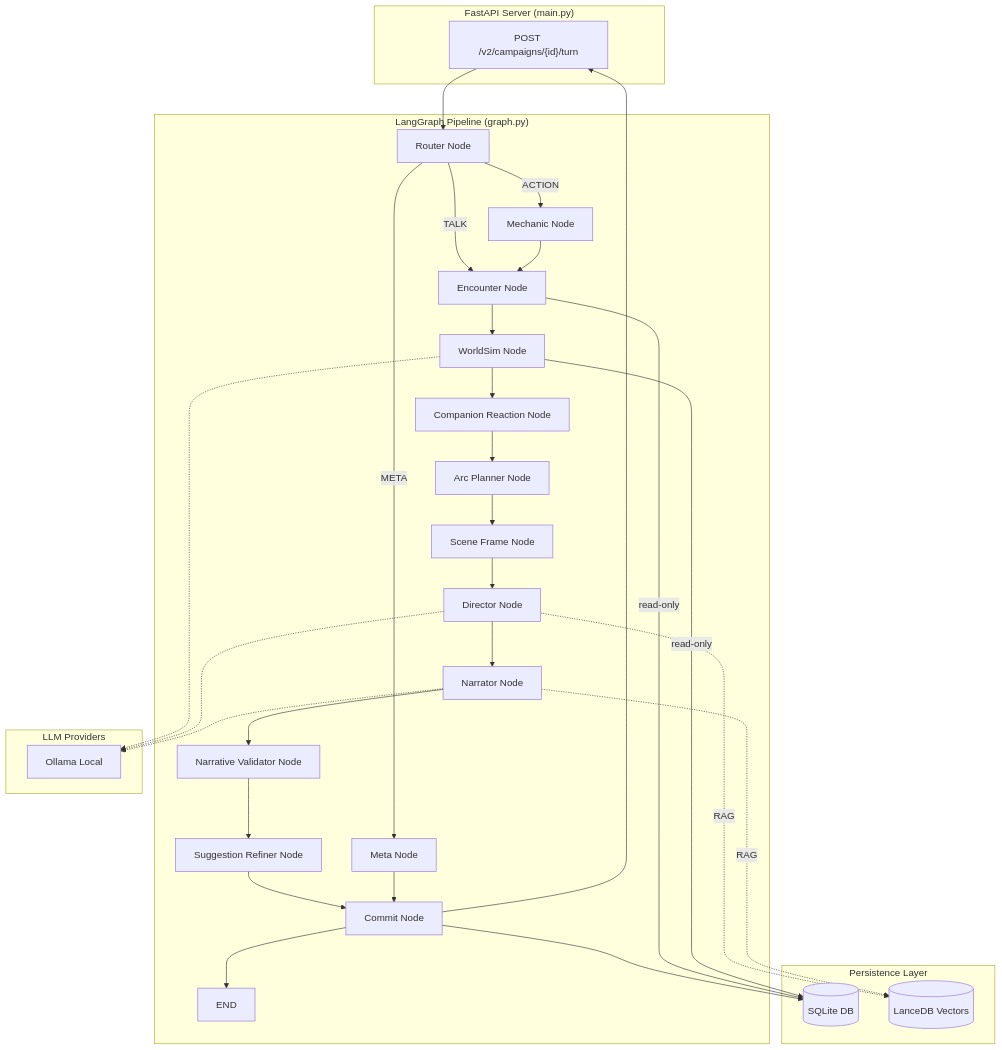
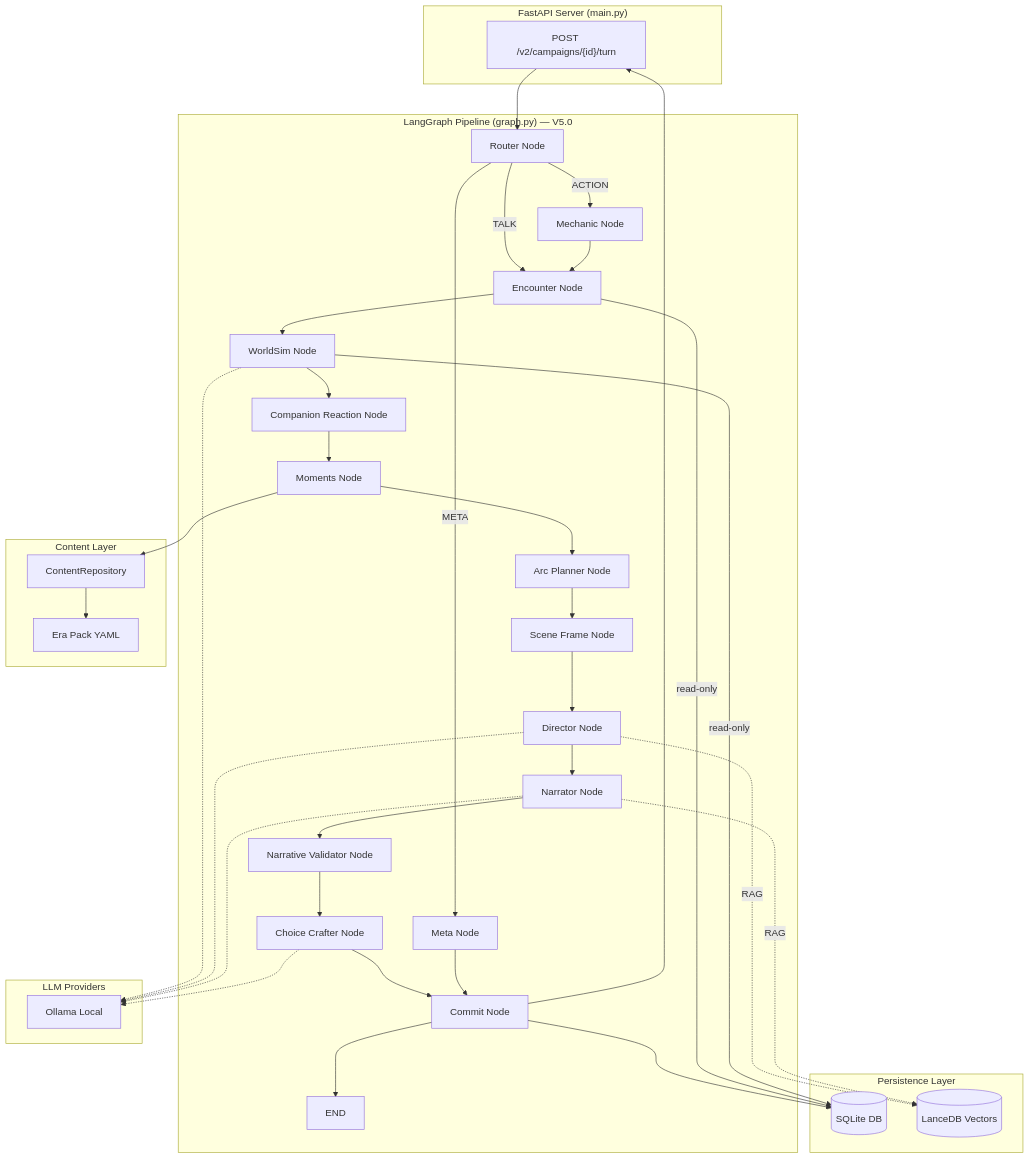
Before and after one commit to DinomyteHero/Storyteller-V2: the diagram in docs/00_overview.md, drawn with Mermaid. The commit also changed other lines of this file and 9 other files, not shown here.

First line of the commit message:
docs: comprehensive V5.0 architecture documentation revision

````diff
--- a/docs/00_overview.md
+++ b/docs/00_overview.md
@@ -44,44 +54,53 @@
 ```mermaid
 graph TD
     subgraph "FastAPI Server (main.py)"
         API["POST /v2/campaigns/{id}/turn"]
     end
 
-    subgraph "LangGraph Pipeline (graph.py)"
+    subgraph "LangGraph Pipeline (graph.py) — V5.0"
         R[Router Node] --> | META| META[Meta Node]
         R --> | TALK| ENC[Encounter Node]
         R --> | ACTION| MECH[Mechanic Node]
         MECH --> ENC
         ENC --> WS[WorldSim Node]
         WS --> CR[Companion Reaction Node]
-        CR --> ARC[Arc Planner Node]
+        CR --> MOM[Moments Node]
+        MOM --> ARC[Arc Planner Node]
         ARC --> SF[Scene Frame Node]
         SF --> DIR[Director Node]
         DIR --> NAR[Narrator Node]
         NAR --> VAL[Narrative Validator Node]
-        VAL --> REF[Suggestion Refiner Node]
-        REF --> COMMIT[Commit Node]
+        VAL --> CC[Choice Crafter Node]
+        CC --> COMMIT[Commit Node]
         META --> COMMIT
         COMMIT --> END_NODE[END]
     end
 
     subgraph "Persistence Layer"
         SQLite[(SQLite DB)]
         LanceDB[(LanceDB Vectors)]
     end
 
     subgraph "LLM Providers"
         Ollama[Ollama Local]
     end
 
+    subgraph "Content Layer"
+        REPO[ContentRepository]
+        EraPacks[Era Pack YAML]
+    end
+
     API --> R
     COMMIT --> SQLite
     ENC --> | read-only| SQLite
     WS --> | read-only| SQLite
+    MOM --> REPO
+    REPO --> EraPacks
     DIR -.-> | RAG| LanceDB
     NAR -.-> | RAG| LanceDB
     WS -.-> Ollama
     DIR -.-> Ollama
     NAR -.-> Ollama
+    CC -.-> Ollama
     COMMIT --> API
 ```
````
